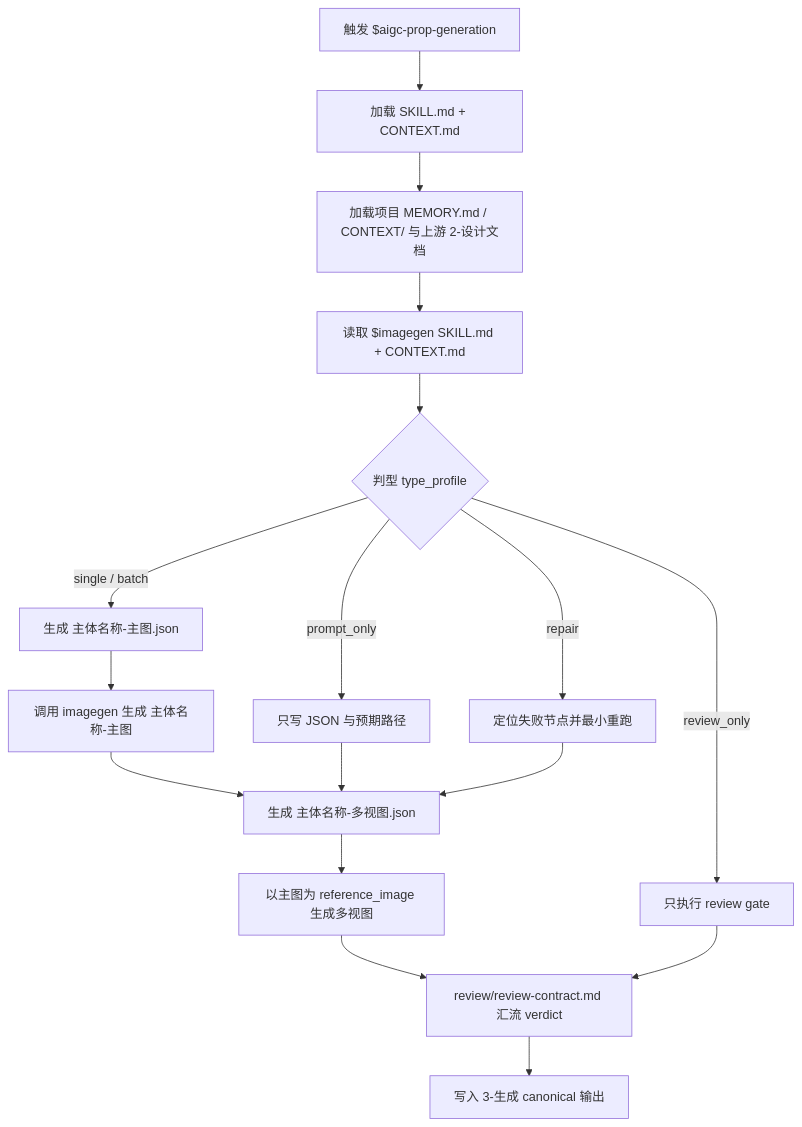
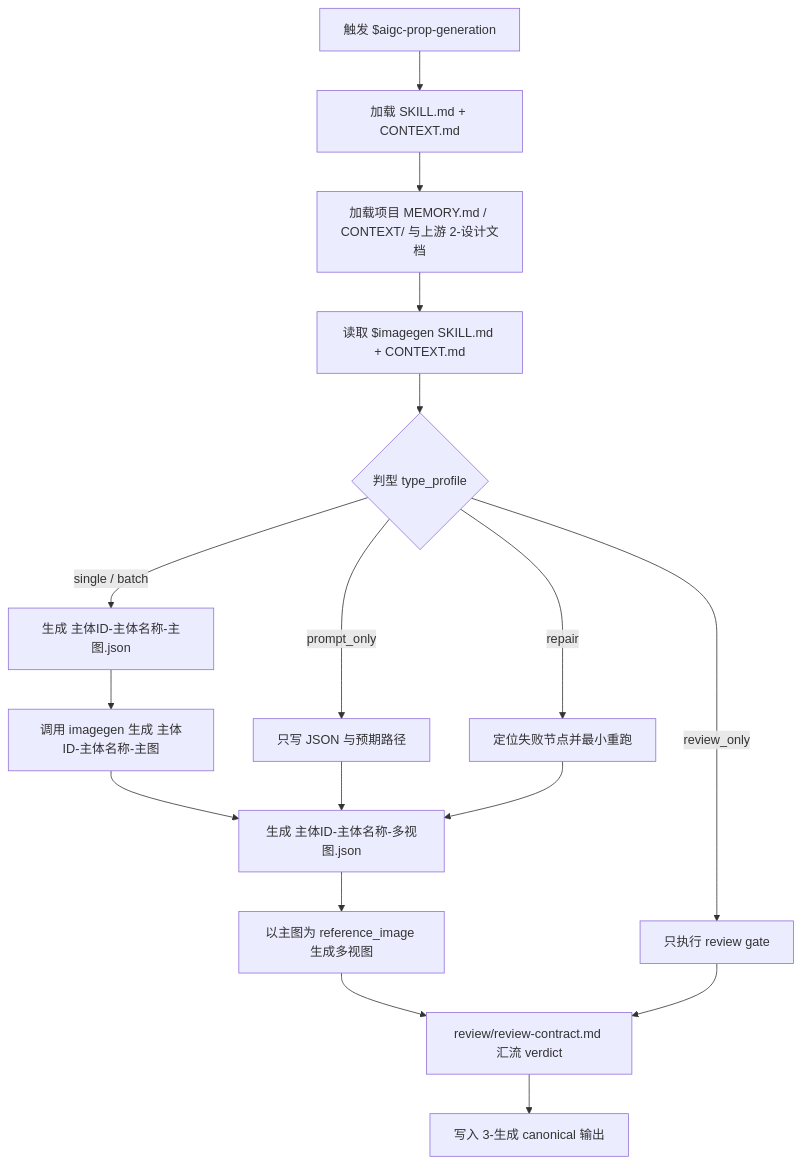
The first of 2 diagrams in .agents/skills/aigc/5-设计/道具/3-生成/SKILL.md (ZEN-VOID/AI-CUT), drawn with Mermaid before and after one commit. The commit also changed other lines of this file and 106 other files, not shown here.

````diff
--- a/.agents/skills/aigc/5-设计/道具/3-生成/SKILL.md
+++ b/.agents/skills/aigc/5-设计/道具/3-生成/SKILL.md
@@ -85,19 +85,19 @@
 ```mermaid
 flowchart TD
     A["触发 $aigc-prop-generation"] --> B["加载 SKILL.md + CONTEXT.md"]
     B --> C["加载项目 MEMORY.md / CONTEXT/ 与上游 2-设计文档"]
     C --> D["读取 $imagegen SKILL.md + CONTEXT.md"]
     D --> E{"判型 type_profile"}
-    E -->|"single / batch"| F["生成 主体名称-主图.json"]
+    E -->|"single / batch"| F["生成 主体ID-主体名称-主图.json"]
     E -->|"prompt_only"| G["只写 JSON 与预期路径"]
     E -->|"repair"| H["定位失败节点并最小重跑"]
     E -->|"review_only"| I["只执行 review gate"]
-    F --> J["调用 imagegen 生成 主体名称-主图"]
-    J --> K["生成 主体名称-多视图.json"]
+    F --> J["调用 imagegen 生成 主体ID-主体名称-主图"]
+    J --> K["生成 主体ID-主体名称-多视图.json"]
     G --> K
     H --> K
     K --> L["以主图为 reference_image 生成多视图"]
     L --> M["review/review-contract.md 汇流 verdict"]
     I --> M
     M --> N["写入 3-生成 canonical 输出"]
 ```
````
